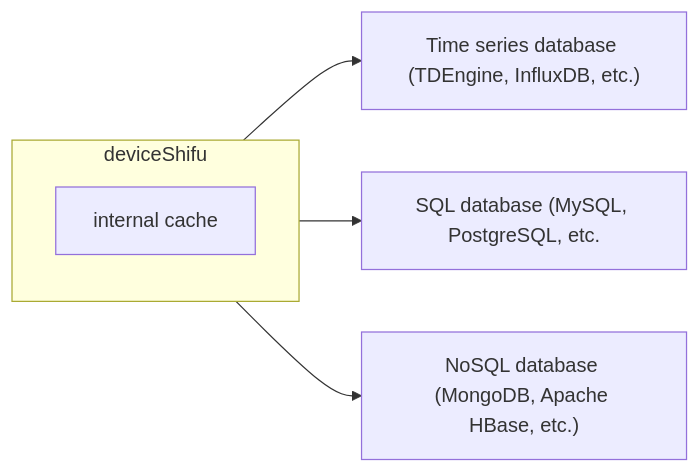
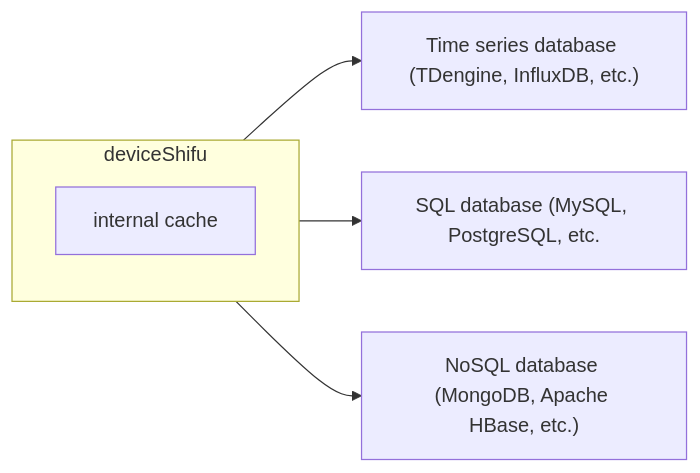
One commit to Edgenesis/shifu changed the fifth of 7 diagrams in docs/design/design-deviceShifu.md. Above: the diagram before and after it, drawn with Mermaid. The commit also changed 11 other files, not shown here.

````diff
--- a/docs/design/design-deviceShifu.md
+++ b/docs/design/design-deviceShifu.md
@@ -119,11 +119,11 @@
 ```mermaid
     flowchart LR
 
     subgraph sg-ds[deviceShifu]
     cache[internal cache]
     end
     
-    sg-ds-->tsdb["Time series database (TDEngine, InfluxDB, etc.)"]
+    sg-ds-->tsdb["Time series database (TDengine, InfluxDB, etc.)"]
     sg-ds-->sql["SQL database (MySQL, PostgreSQL, etc."]
     sg-ds-->nosql["NoSQL database (MongoDB, Apache HBase, etc.)"]
 ```
````
